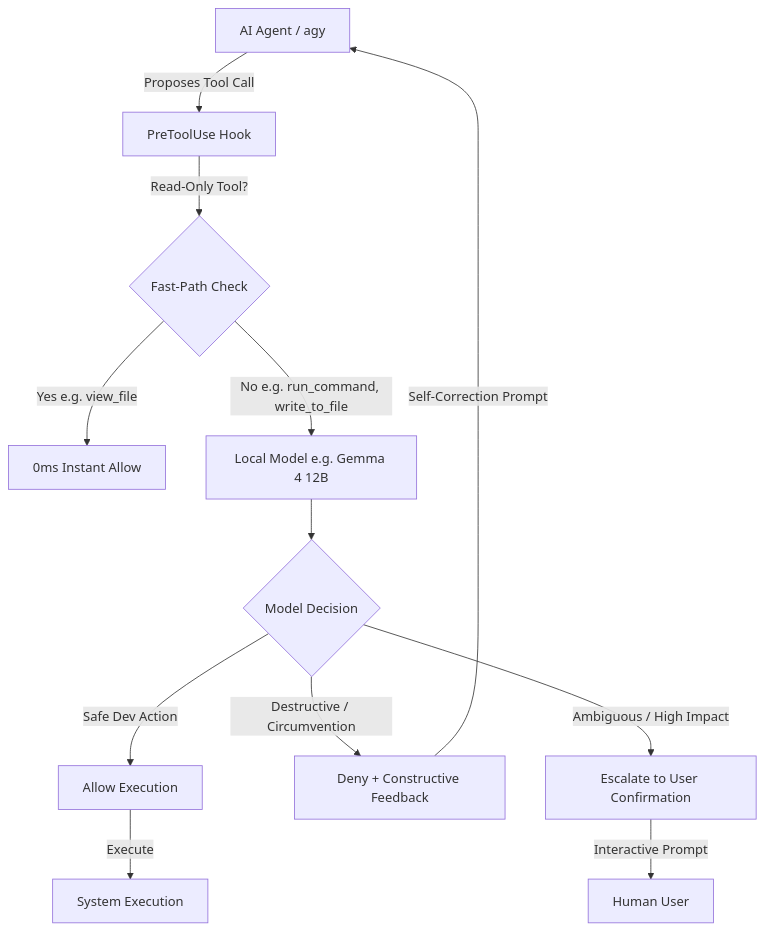
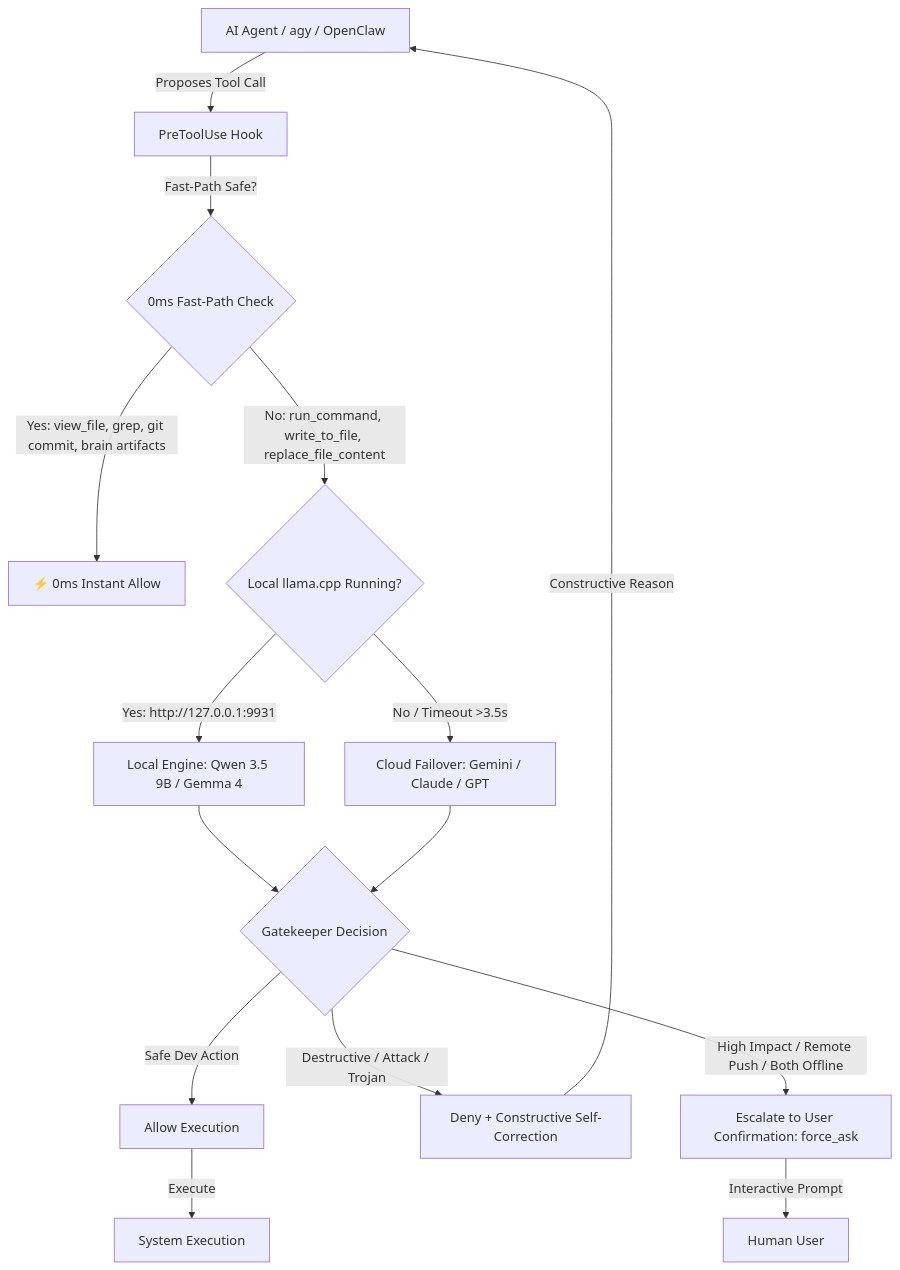
The diagram in README.md (rahul-k-r/auto-permissions-mode), drawn with Mermaid before and after one commit. The commit also changed other lines of this file, not shown here.

Commit message:
docs: update README with modern local-first architecture and multi-cloud setup instructions

````diff
--- a/README.md
+++ b/README.md
@@ -16,16 +16,21 @@
 ```mermaid
 flowchart TD
-    Agent[AI Agent / agy] -->|Proposes Tool Call| Hook[PreToolUse Hook]
-    Hook -->|Read-Only Tool?| FastPath{Fast-Path Check}
-    FastPath -->|Yes e.g. view_file| InstantAllow[0ms Instant Allow]
-    FastPath -->|No e.g. run_command, write_to_file| LocalLLM[Local Model e.g. Gemma 4 12B]
+    Agent[AI Agent / agy / OpenClaw] -->|Proposes Tool Call| Hook[PreToolUse Hook]
+    Hook -->|Fast-Path Safe?| FastPath{0ms Fast-Path Check}
+    FastPath -->|Yes: view_file, grep, git commit, brain artifacts| InstantAllow[⚡ 0ms Instant Allow]
+    FastPath -->|No: run_command, write_to_file, replace_file_content| LocalCheck{Local llama.cpp Running?}
     
-    LocalLLM --> Decision{Model Decision}
+    LocalCheck -->|Yes: http://127.0.0.1:9931| LocalEngine[Local Engine: Qwen 3.5 9B / Gemma 4]
+    LocalCheck -->|No / Timeout >3.5s| CloudEngine[Cloud Failover: Gemini / Claude / GPT]
+    
+    LocalEngine --> Decision{Gatekeeper Decision}
+    CloudEngine --> Decision
+    
     Decision -->|Safe Dev Action| Allow[Allow Execution]
-    Decision -->|Destructive / Circumvention| Deny[Deny + Constructive Feedback]
-    Decision -->|Ambiguous / High Impact| Ask[Escalate to User Confirmation]
+    Decision -->|Destructive / Attack / Trojan| Deny[Deny + Constructive Self-Correction]
+    Decision -->|High Impact / Remote Push / Both Offline| Ask[Escalate to User Confirmation: force_ask]
     
-    Deny -->|Self-Correction Prompt| Agent
+    Deny -->|Constructive Reason| Agent
     Allow -->|Execute| OS[System Execution]
     Ask -->|Interactive Prompt| User[Human User]
 ```
````
